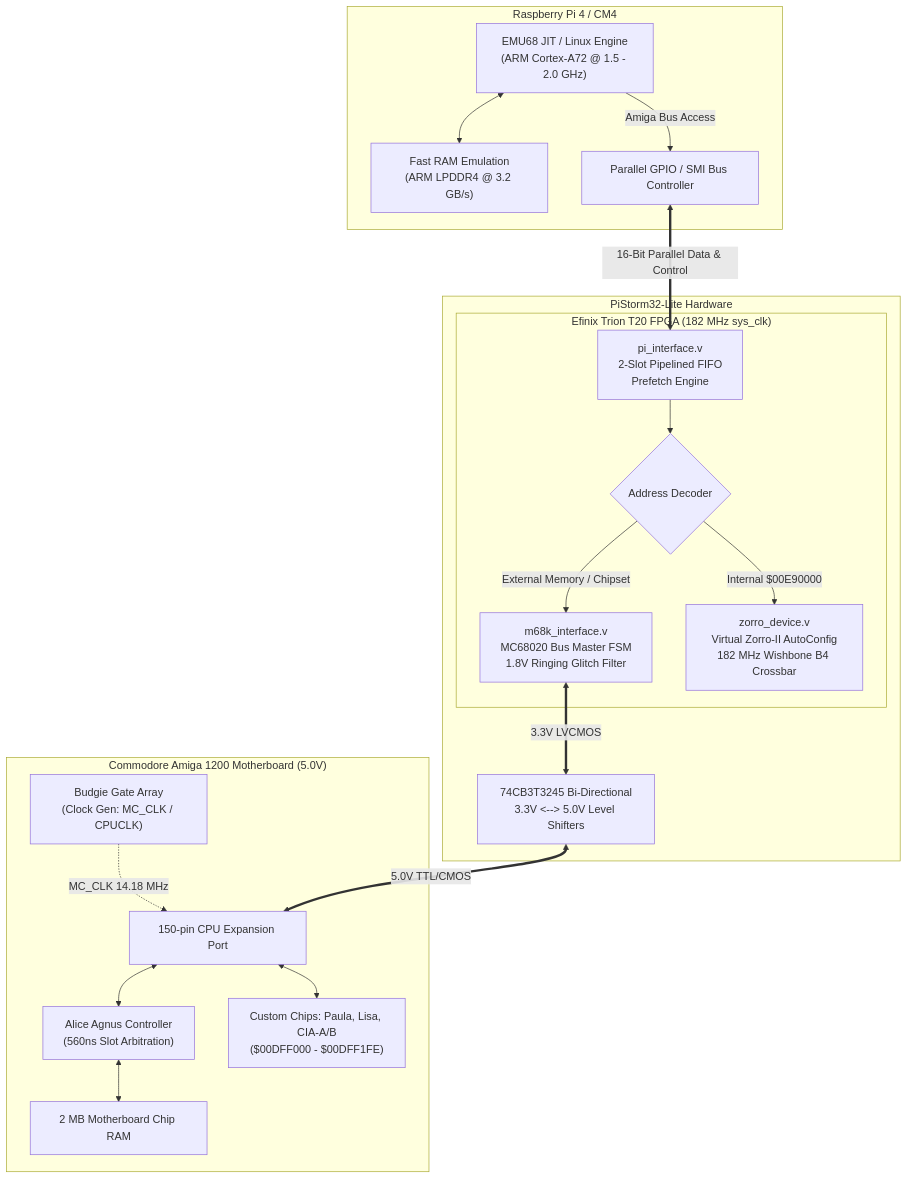
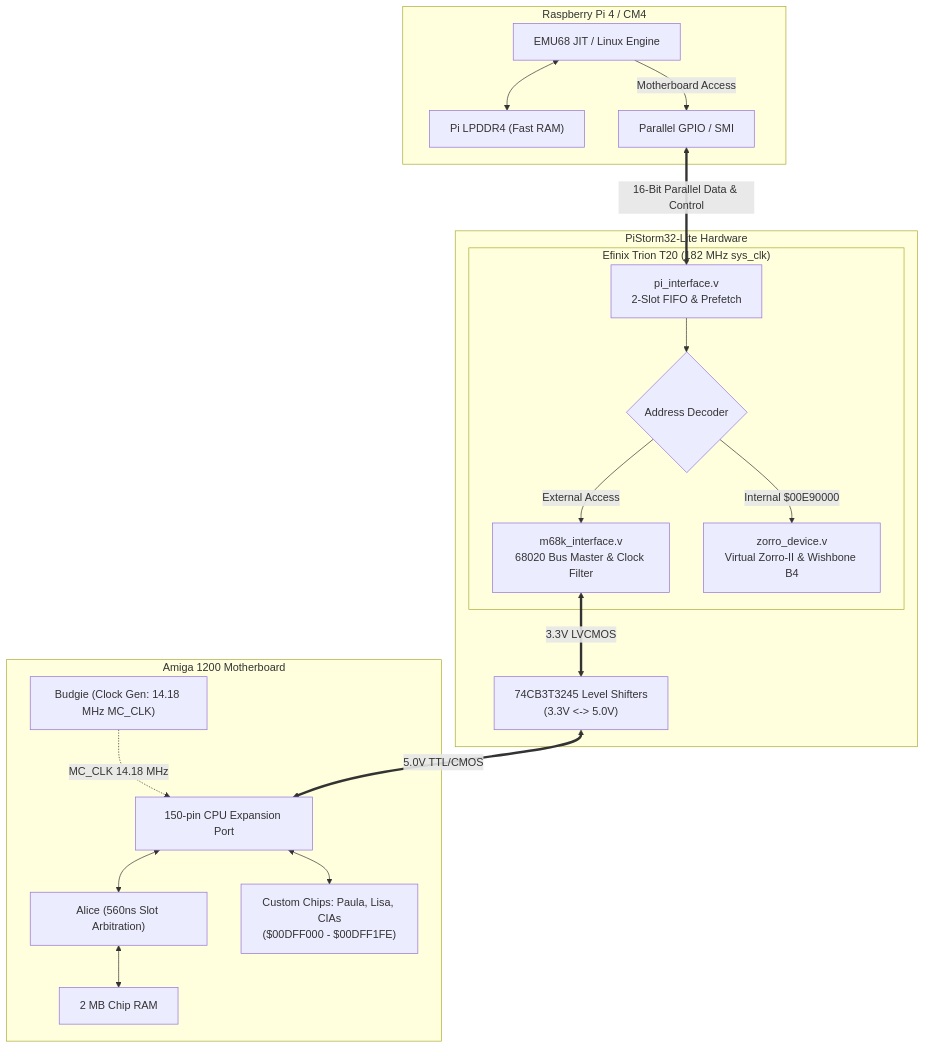
One commit to PiStorm/pistorm32-lite-gateware changed the first of 5 diagrams in DOCS/HOW_IT_WORKS.md. Above: the diagram before and after it, drawn with Mermaid. The commit also changed other lines of this file and 10 other files, not shown here.

````diff
--- a/DOCS/HOW_IT_WORKS.md
+++ b/DOCS/HOW_IT_WORKS.md
@@ -18,42 +17,42 @@
 ```mermaid
 flowchart TD
     subgraph Host ["Raspberry Pi 4 / CM4"]
-        EMU68["EMU68 JIT / Linux Engine<br/>(ARM Cortex-A72 @ 1.5 - 2.0 GHz)"]
-        FastRAM["Fast RAM Emulation<br/>(ARM LPDDR4 @ 3.2 GB/s)"]
-        SMI["Parallel GPIO / SMI Bus Controller"]
+        EMU68["EMU68 JIT / Linux Engine"]
+        FastRAM["Pi LPDDR4 (Fast RAM)"]
+        SMI["Parallel GPIO / SMI"]
         EMU68 <--> FastRAM
-        EMU68 -->|Amiga Bus Access| SMI
+        EMU68 -->|Motherboard Access| SMI
     end
 
     subgraph Hardware ["PiStorm32-Lite Hardware"]
-        LevelShifter["74CB3T3245 Bi-Directional<br/>3.3V <--> 5.0V Level Shifters"]
+        LevelShifter["74CB3T3245 Level Shifters<br/>(3.3V <-> 5.0V)"]
         
-        subgraph FPGA ["Efinix Trion T20 FPGA (182 MHz sys_clk)"]
-            PI_IF["pi_interface.v<br/>2-Slot Pipelined FIFO<br/>Prefetch Engine"]
+        subgraph FPGA ["Efinix Trion T20 (182 MHz sys_clk)"]
+            PI_IF["pi_interface.v<br/>2-Slot FIFO & Prefetch"]
             DEC{"Address Decoder"}
-            M68K_IF["m68k_interface.v<br/>MC68020 Bus Master FSM<br/>1.8V Ringing Glitch Filter"]
-            ZORRO_IF["zorro_device.v<br/>Virtual Zorro-II AutoConfig<br/>182 MHz Wishbone B4 Crossbar"]
+            M68K_IF["m68k_interface.v<br/>68020 Bus Master & Clock Filter"]
+            ZORRO_IF["zorro_device.v<br/>Virtual Zorro-II & Wishbone B4"]
             
             PI_IF --> DEC
-            DEC -->|External Memory / Chipset| M68K_IF
+            DEC -->|External Access| M68K_IF
             DEC -->|Internal $00E90000| ZORRO_IF
         end
     end
 
-    subgraph Amiga ["Commodore Amiga 1200 Motherboard (5.0V)"]
+    subgraph Amiga ["Amiga 1200 Motherboard"]
         Trapdoor["150-pin CPU Expansion Port"]
-        Budgie["Budgie Gate Array<br/>(Clock Gen: MC_CLK / CPUCLK)"]
-        Alice["Alice Agnus Controller<br/>(560ns Slot Arbitration)"]
-        ChipRAM["2 MB Motherboard Chip RAM"]
-        Chipset["Custom Chips: Paula, Lisa, CIA-A/B<br/>($00DFF000 - $00DFF1FE)"]
+        Budgie["Budgie (Clock Gen: 14.18 MHz MC_CLK)"]
+        Alice["Alice (560ns Slot Arbitration)"]
+        ChipRAM["2 MB Chip RAM"]
+        Chipset["Custom Chips: Paula, Lisa, CIAs<br/>($00DFF000 - $00DFF1FE)"]
         
         Trapdoor <--> Alice
         Trapdoor <--> Chipset
         Alice <--> ChipRAM
         Budgie -.->|MC_CLK 14.18 MHz| Trapdoor
     end
 
     SMI <==>|16-Bit Parallel Data & Control| PI_IF
     M68K_IF <==>|3.3V LVCMOS| LevelShifter
     LevelShifter <==>|5.0V TTL/CMOS| Trapdoor
 ```
````
